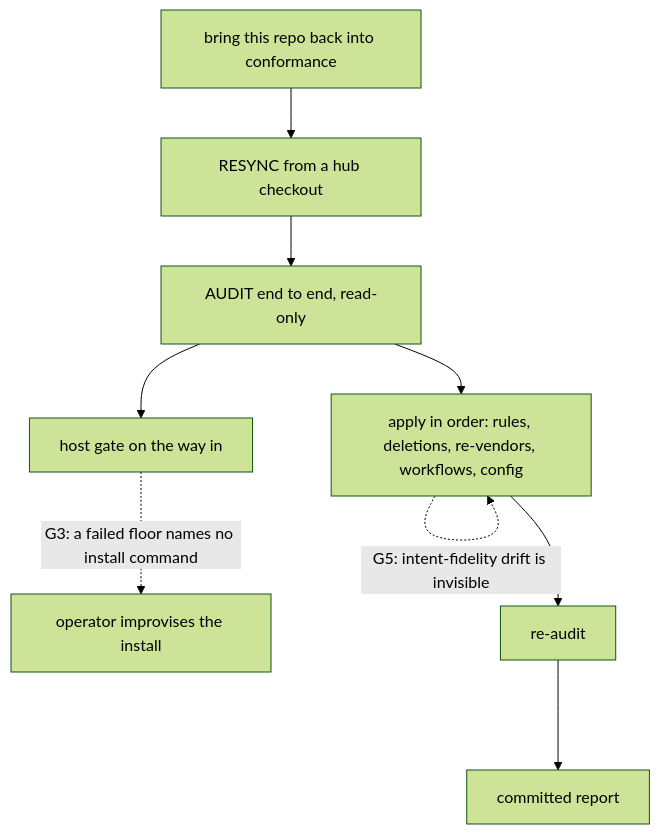
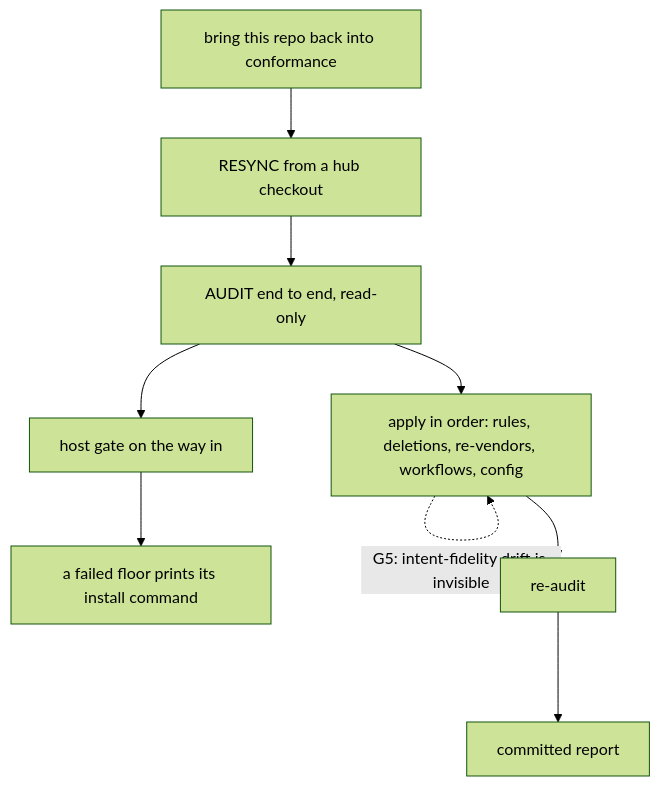
The fourth of 7 diagrams in docs/fleet-map.md (ptr727/ProjectTemplate), drawn with Mermaid (forest theme) before and after one commit. The commit also changed other lines of this file and 8 other files, not shown here.

First line of the commit message:
Print a Runnable Remedy Under a Below-Floor Host Gate Failure

````diff
--- a/docs/fleet-map.md
+++ b/docs/fleet-map.md
@@ -106,11 +106,11 @@
 ```mermaid
 flowchart TD
   ask["bring this repo back into conformance"] --> resync["RESYNC from a hub checkout"]
   resync --> audit["AUDIT end to end, read-only"]
   audit --> apply["apply in order: rules, deletions, re-vendors, workflows, config"]
   apply -.->|"G4: deleted paths live on in prose"| apply
   apply -.->|"G5: intent-fidelity drift is invisible"| apply
   audit --> hostcheck["host gate on the way in"]
-  hostcheck -.->|"G3: a failed floor names no install command"| dead["operator improvises the install"]
+  hostcheck --> remedy["a failed floor prints its install command"]
   apply --> reaudit["re-audit"] --> report["committed report"]
 ```
````
